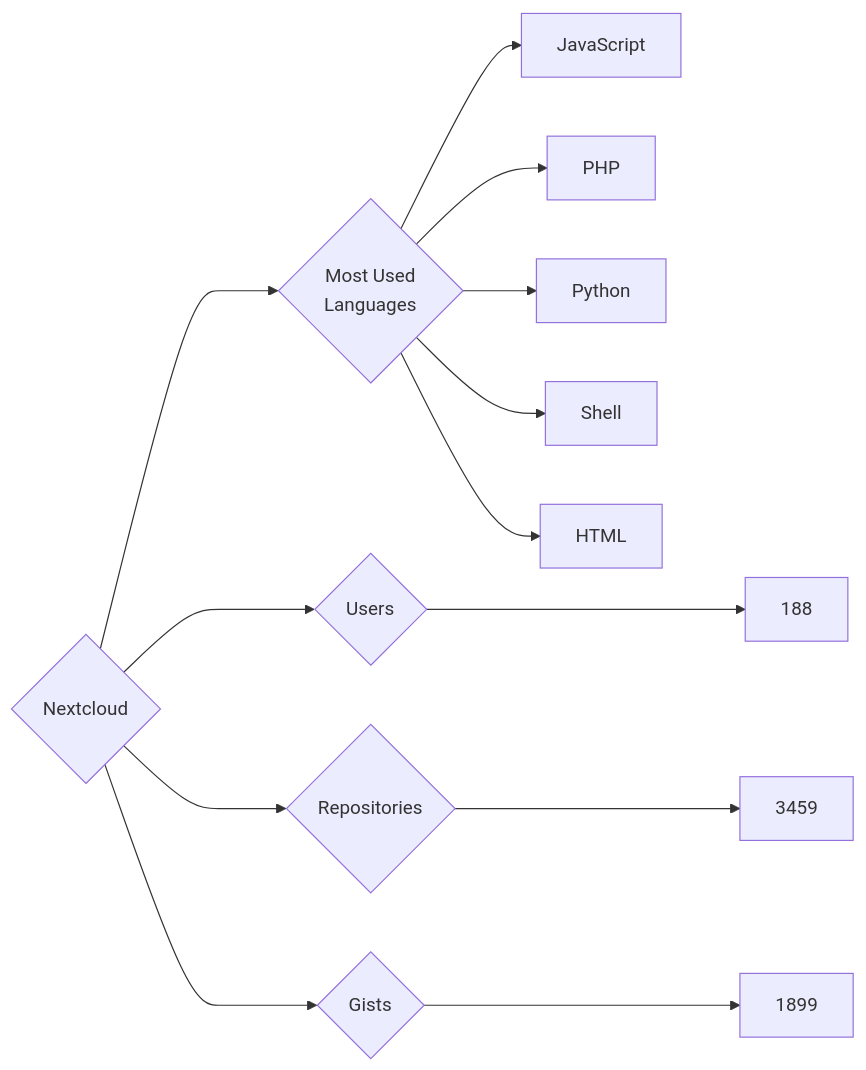
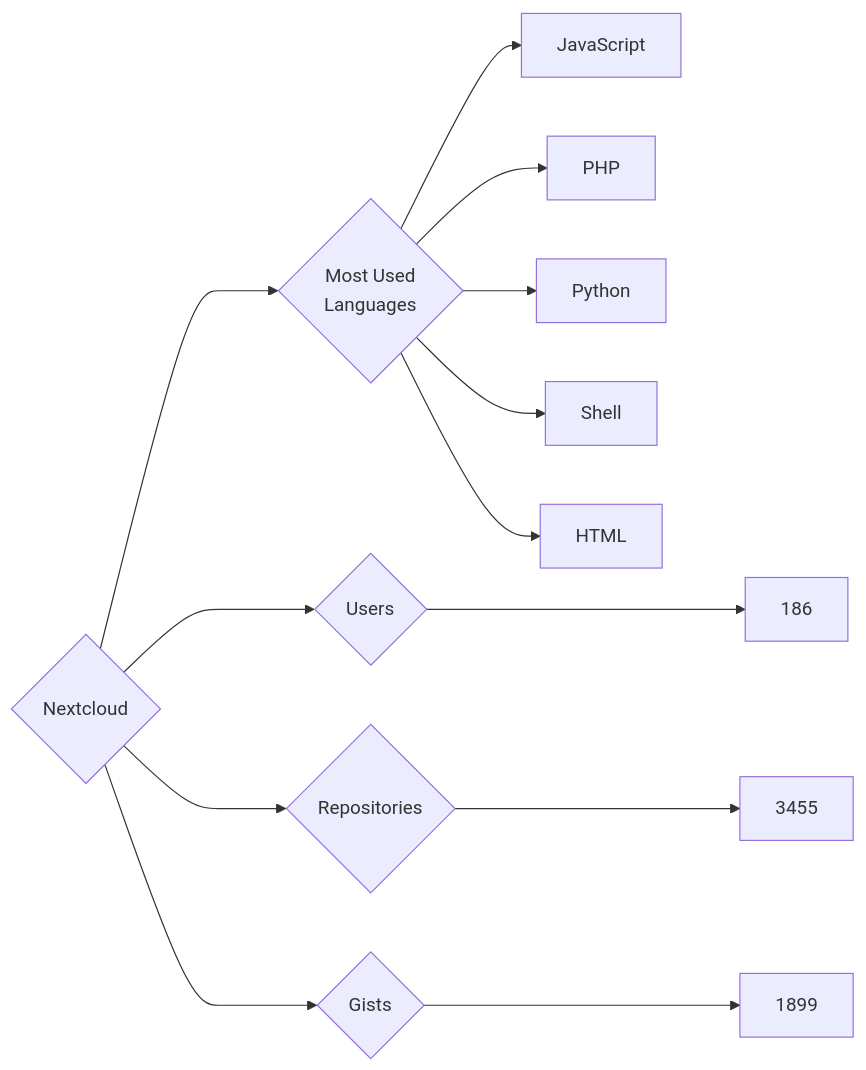
Before and after one commit to trickest/insiders: the diagram in targets/Nextcloud/README.md, drawn with Mermaid. The commit also changed 770 other files, not shown here.

````diff
--- a/targets/Nextcloud/README.md
+++ b/targets/Nextcloud/README.md
@@ -3,13 +3,13 @@
 ```mermaid
 graph LR
 COMPANY_NAME{Nextcloud}
-COMPANY_NAME ---> U{Users} ---> UN[188]
-COMPANY_NAME ---> R{Repositories} ---> RN[3459]
+COMPANY_NAME ---> U{Users} ---> UN[186]
+COMPANY_NAME ---> R{Repositories} ---> RN[3455]
 COMPANY_NAME ---> G{Gists} ---> GN[1899]
 COMPANY_NAME ---> ML{Most Used<br>Languages}
 ML --> JavaScript[JavaScript]
 ML --> PHP[PHP]
 ML --> Python[Python]
 ML --> Shell[Shell]
 ML --> HTML[HTML]
 ```
````
